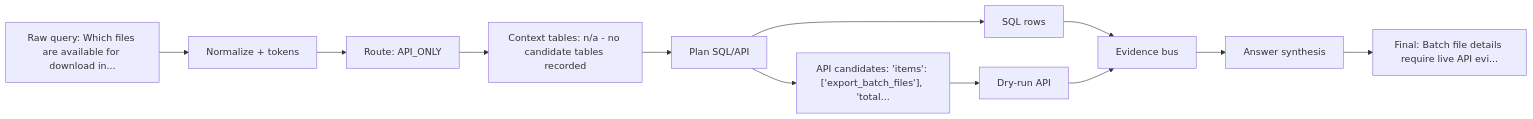
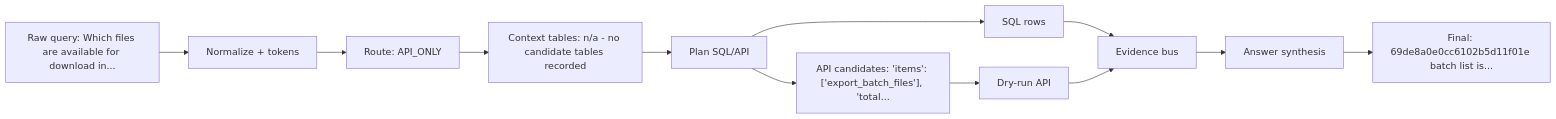
The diagram in outputs/visualizations/query_example_031_dataflow.md (dashsys-workshop-vldb/dashsys-workshop-vldb.github.io), drawn with Mermaid before and after one commit. The commit also changed other lines of this file and 4359 other files, not shown here.

````diff
--- a/outputs/visualizations/query_example_031_dataflow.md
+++ b/outputs/visualizations/query_example_031_dataflow.md
@@ -17,14 +17,14 @@
 ```mermaid
 flowchart LR
   Q["Raw query: Which files are available for download in..."] --> N["Normalize + tokens"]
   N --> R["Route: API_ONLY"]
   R --> C["Context tables: n/a - no candidate tables recorded"]
   C --> P["Plan SQL/API"]
   P --> S["SQL rows"]
   P --> A["API candidates: 'items': ['export_batch_files'], 'total..."]
   A --> E["Dry-run API"]
   S --> V["Evidence bus"]
   E --> V
   V --> H["Answer synthesis"]
-  H --> F["Final: Batch file details require live API evi..."]
+  H --> F["Final: 69de8a0e0cc6102b5d11f01e batch list is..."]
 ```
````
